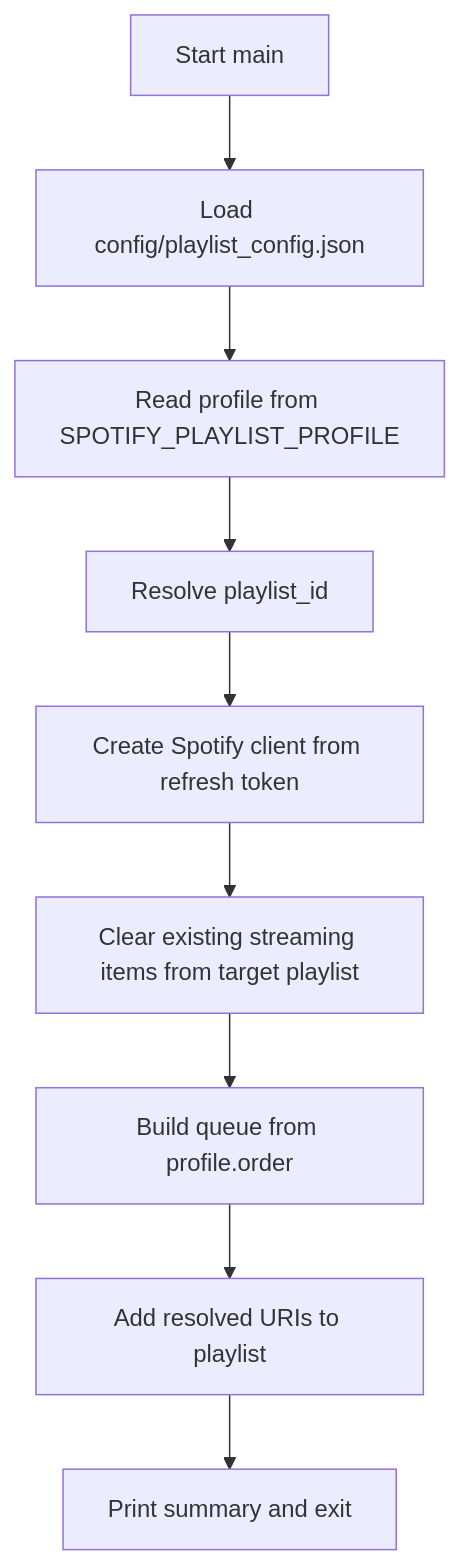
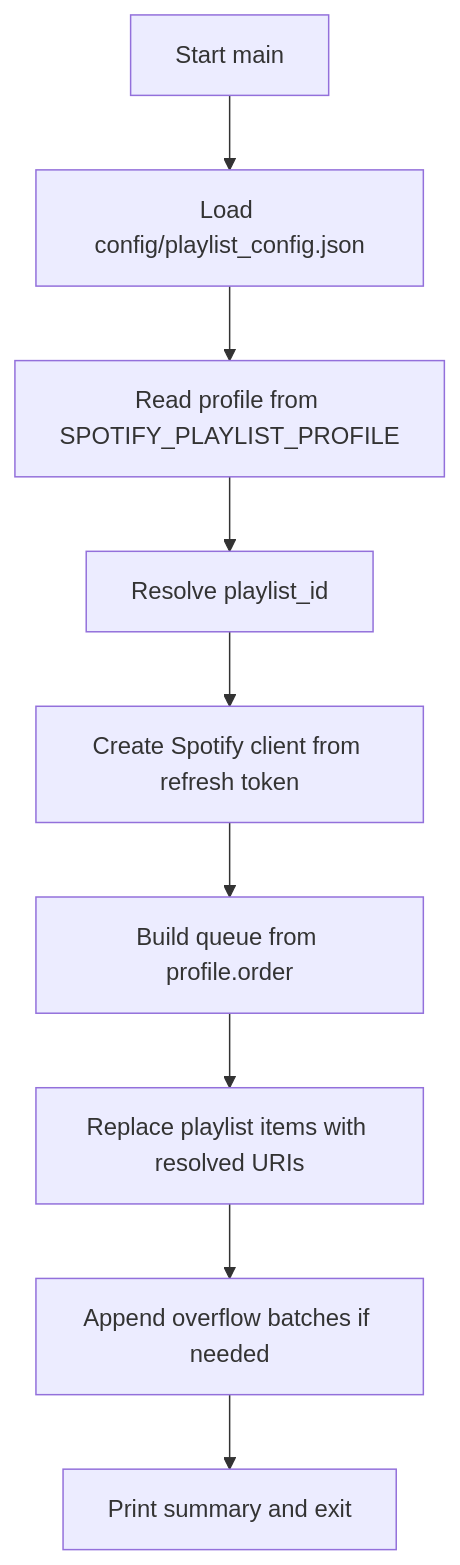
One commit to Jctebo/spotify_praylist changed the first of 5 diagrams in REFRESH_PLAYLIST_ARCHITECTURE.md. Above: the diagram before and after it, drawn with Mermaid. The commit also changed other lines of this file and 10 other files, not shown here.

Commit message:
Refactor playlist refresh logic to replace contents instead of clearing, update OAuth scopes, and enhance local testing framework

````diff
--- a/REFRESH_PLAYLIST_ARCHITECTURE.md
+++ b/REFRESH_PLAYLIST_ARCHITECTURE.md
@@ -9,11 +9,11 @@
 ```mermaid
 flowchart TD
     A[Start main] --> B[Load config/playlist_config.json]
     B --> C[Read profile from SPOTIFY_PLAYLIST_PROFILE]
     C --> D[Resolve playlist_id]
     D --> E[Create Spotify client from refresh token]
-    E --> F[Clear existing streaming items from target playlist]
-    F --> G[Build queue from profile.order]
-    G --> H[Add resolved URIs to playlist]
+    E --> F[Build queue from profile.order]
+    F --> G[Replace playlist items with resolved URIs]
+    G --> H[Append overflow batches if needed]
     H --> I[Print summary and exit]
 ```
````
